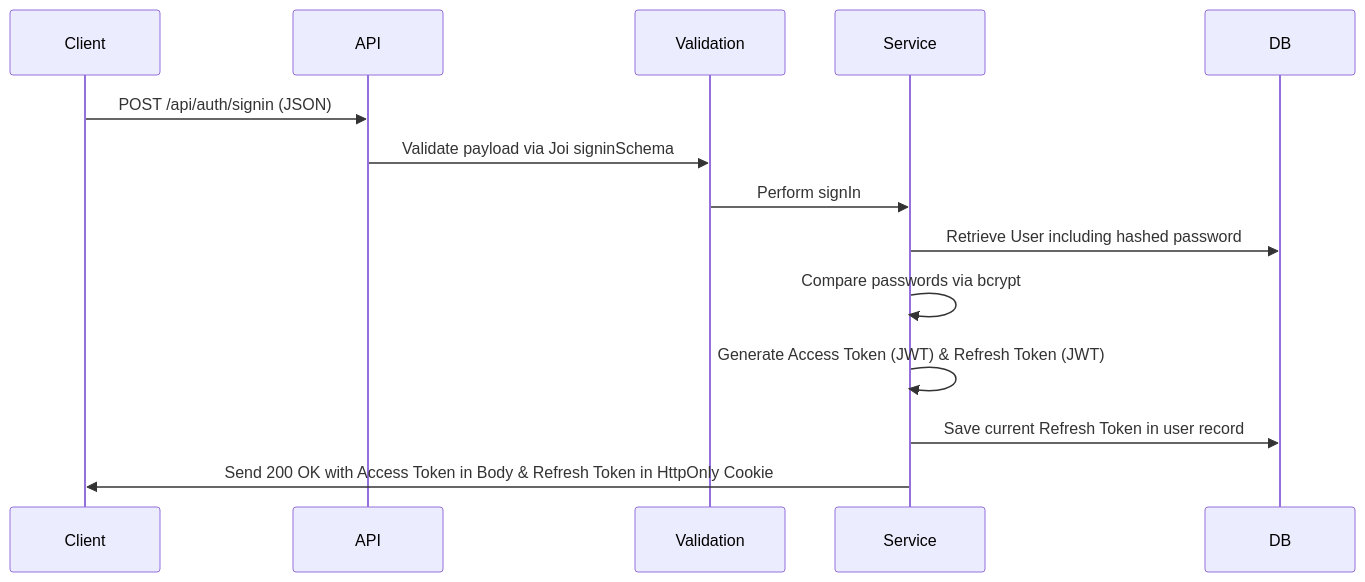
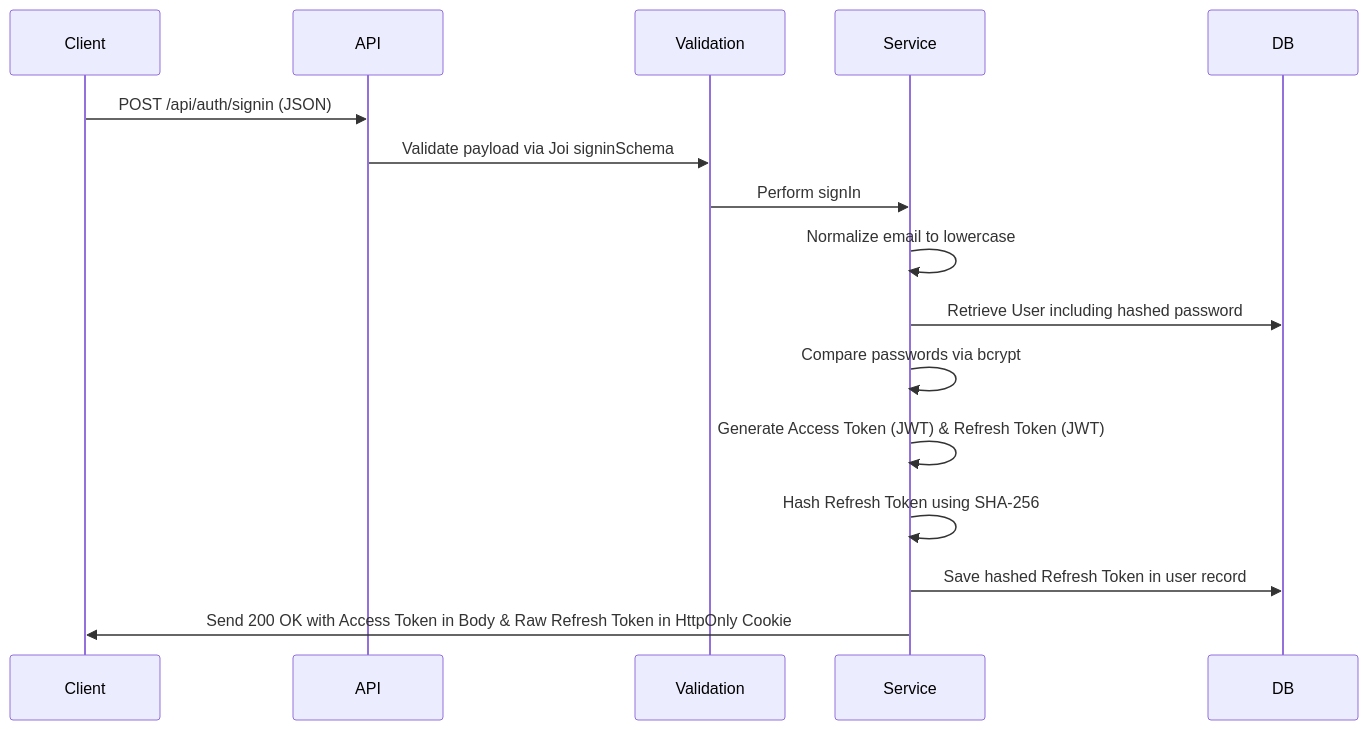
One commit to MoIbrahim2/SmartSpaceAI changed the second of 2 diagrams in back-end/doc/codebase_documentation.md. Above: the diagram before and after it, drawn with Mermaid. The commit also changed other lines of this file and 7 other files, not shown here.

Commit message:
refact: implement core auth and user profile management services with JWT token rotation

````diff
--- a/back-end/doc/codebase_documentation.md
+++ b/back-end/doc/codebase_documentation.md
@@ -87,11 +88,13 @@
 ```mermaid
 sequenceDiagram
     Client->>API: POST /api/auth/signin (JSON)
     API->>Validation: Validate payload via Joi signinSchema
     Validation->>Service: Perform signIn
+    Service->>Service: Normalize email to lowercase
     Service->>DB: Retrieve User including hashed password
     Service->>Service: Compare passwords via bcrypt
     Service->>Service: Generate Access Token (JWT) & Refresh Token (JWT)
-    Service->>DB: Save current Refresh Token in user record
-    Service->>Client: Send 200 OK with Access Token in Body & Refresh Token in HttpOnly Cookie
+    Service->>Service: Hash Refresh Token using SHA-256
+    Service->>DB: Save hashed Refresh Token in user record
+    Service->>Client: Send 200 OK with Access Token in Body & Raw Refresh Token in HttpOnly Cookie
 ```
````
